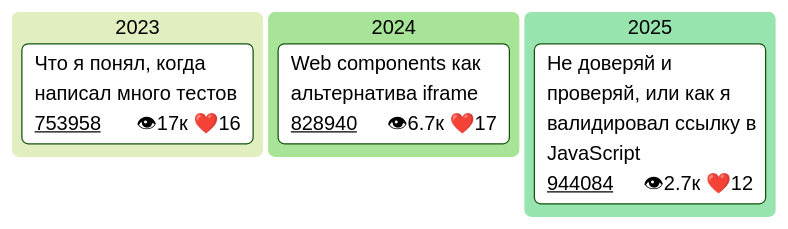
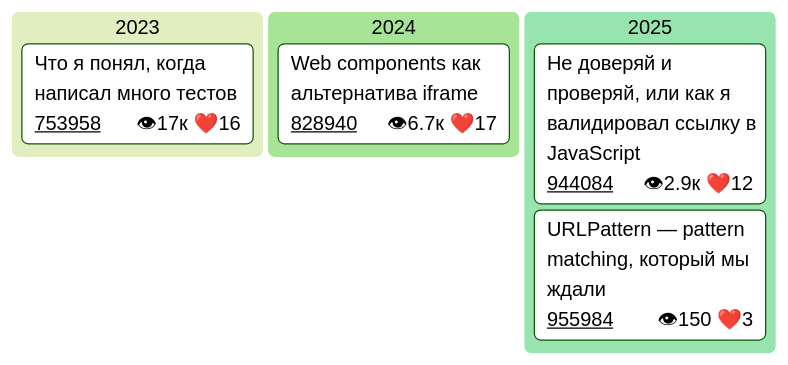
Before and after one commit to Goodzonchik/Goodzonchik: the fourth of 4 diagrams in README.md, drawn with Mermaid (forest theme).

````diff
--- a/README.md
+++ b/README.md
@@ -50,24 +50,28 @@
 ```mermaid
 ---
 config:
   kanban:
     ticketBaseUrl: 'https://habr.com/ru/companies/tbank/articles/#TICKET#'
 
 ---
 kanban
   2023
     card1["Что я понял, когда написал много тестов"]@{
       ticket: 753958
       assigned: 👁17к ❤️16
     }
   2024
     card2["Web components как альтернатива iframe"]@{
       ticket: 828940
       assigned: 👁6.7к ❤️17
     }
   2025
     card3["Не доверяй и проверяй, или как я валидировал ссылку в JavaScript"]@{
       ticket: 944084
-      assigned: 👁2.7к ❤️12
+      assigned: 👁2.9к ❤️12
+    }
+   card4["URLPattern — pattern matching, который мы ждали"]@{
+      ticket: 955984
+      assigned: 👁150 ❤️3
     }
 ```
````
